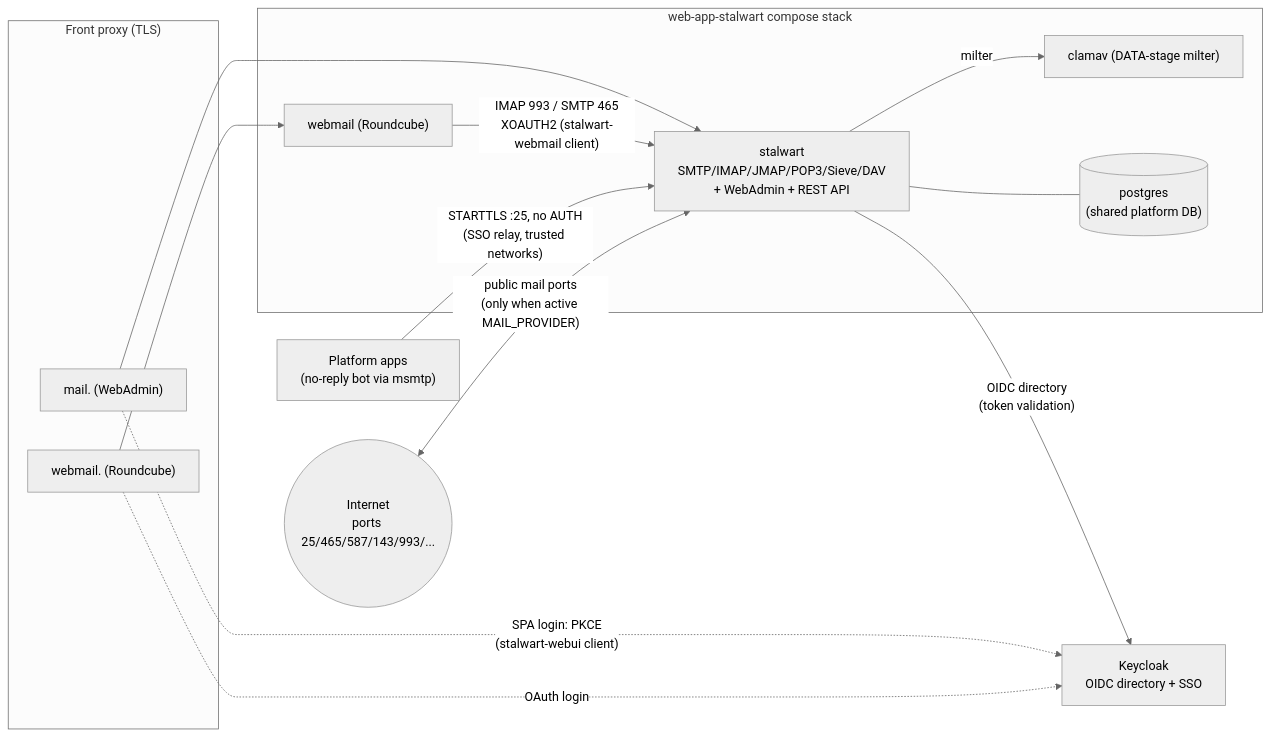
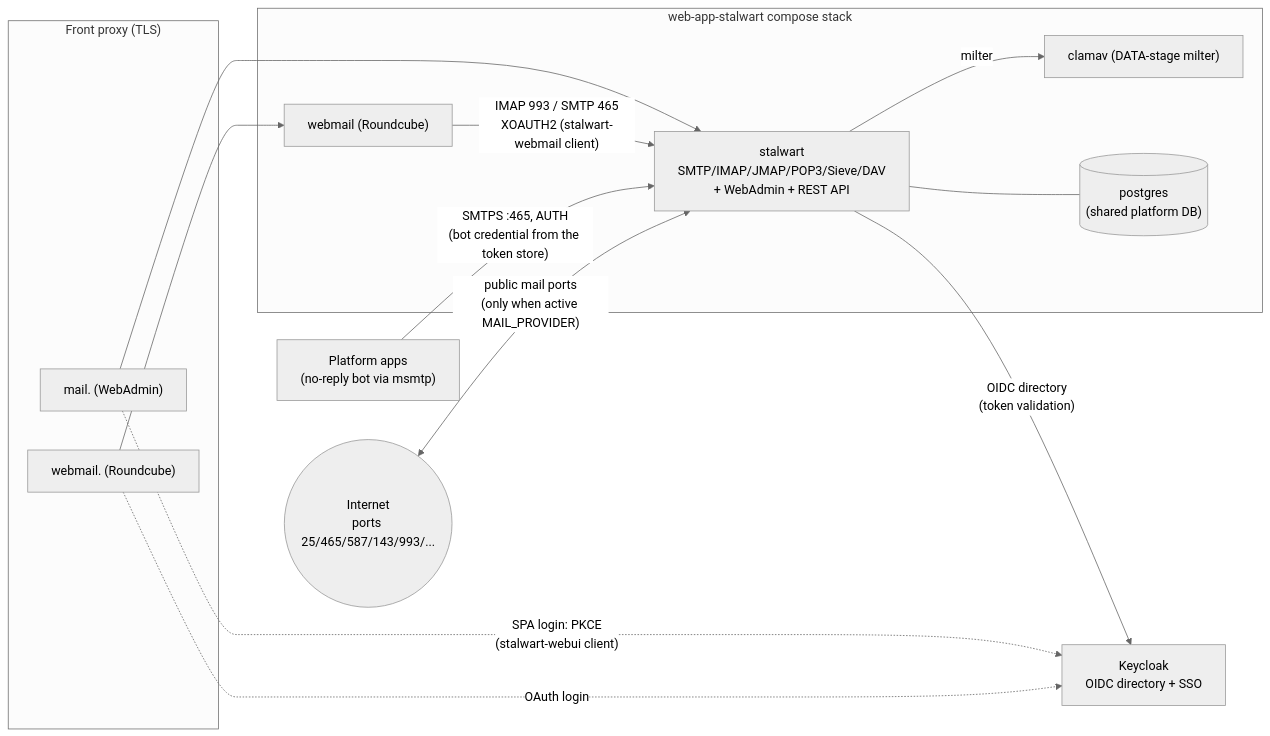
Before and after one commit to infinito-nexus/core: the first of 2 diagrams in roles/web-app-stalwart/README.md, drawn with Mermaid (neutral theme). The commit also changed other lines of this file and 15 other files, not shown here.

````diff
--- a/roles/web-app-stalwart/README.md
+++ b/roles/web-app-stalwart/README.md
@@ -34,29 +34,29 @@
 ```mermaid
 flowchart LR
     subgraph edge["Front proxy (TLS)"]
         MAIL_VHOST["mail.<domain> (WebAdmin)"]
         WEBMAIL_VHOST["webmail.<domain> (Roundcube)"]
     end
 
     subgraph stack["web-app-stalwart compose stack"]
         STALWART["stalwart<br/>SMTP/IMAP/JMAP/POP3/Sieve/DAV<br/>+ WebAdmin + REST API"]
         WEBMAIL["webmail (Roundcube)"]
         CLAMAV["clamav (DATA-stage milter)"]
         PG[("postgres<br/>(shared platform DB)")]
     end
 
     KC["Keycloak<br/>OIDC directory + SSO"]
     APPS["Platform apps<br/>(no-reply bot via msmtp)"]
     WORLD(("Internet<br/>ports 25/465/587/143/993/..."))
 
     MAIL_VHOST --> STALWART
     WEBMAIL_VHOST --> WEBMAIL
     WEBMAIL -- "IMAP 993 / SMTP 465<br/>XOAUTH2 (stalwart-webmail client)" --> STALWART
     STALWART -- "milter" --> CLAMAV
     STALWART --- PG
     STALWART -- "OIDC directory<br/>(token validation)" --> KC
     MAIL_VHOST -. "SPA login: PKCE<br/>(stalwart-webui client)" .-> KC
     WEBMAIL_VHOST -. "OAuth login" .-> KC
-    APPS -- "STARTTLS :25, no AUTH<br/>(SSO relay, trusted networks)" --> STALWART
+    APPS -- "SMTPS :465, AUTH<br/>(bot credential from the token store)" --> STALWART
     WORLD <-- "public mail ports<br/>(only when active MAIL_PROVIDER)" --> STALWART
 ```
````
